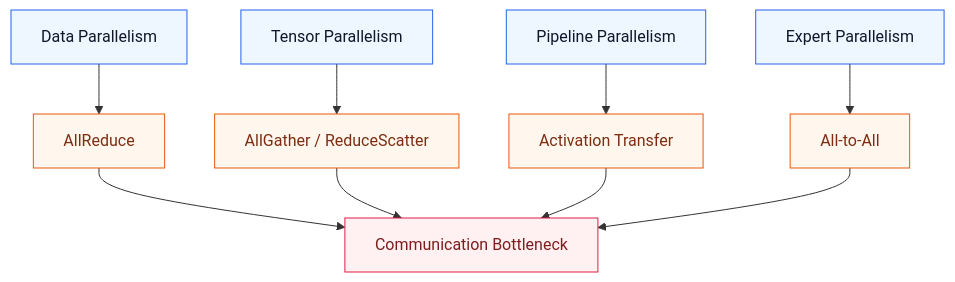
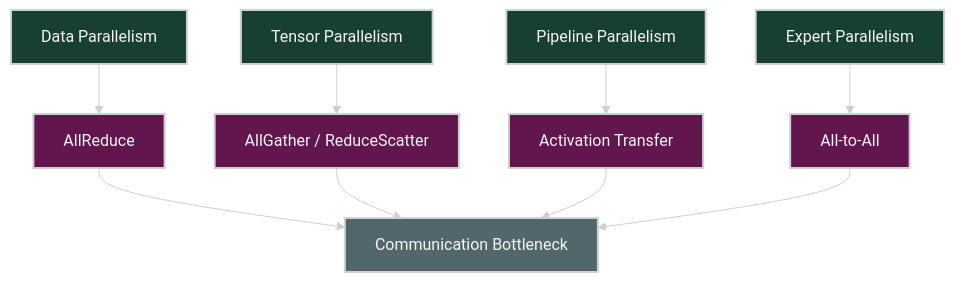
Before and after one commit to ziwon/ai-data-center-network: diagram 11 of 15 in ai-system-performance-engineering/chap02/README.md, drawn with Mermaid. The commit also changed other lines of this file and 35 other files, not shown here.

Commit message:
docs(mermaid): apply dark diagram style

````diff
--- a/ai-system-performance-engineering/chap02/README.md
+++ b/ai-system-performance-engineering/chap02/README.md
@@ -573,28 +583,29 @@
 ```mermaid
+%%{init: {"theme": "base", "themeVariables": {"background": "#171717", "primaryColor": "#232323", "primaryTextColor": "#f5f5f5", "primaryBorderColor": "#d0d0d0", "lineColor": "#cfcfcf", "fontFamily": "Inter, Arial, sans-serif"}}}%%
 flowchart TB
-    classDef p fill:#eef6ff,stroke:#2563eb,color:#0f172a
-    classDef c fill:#fff7ed,stroke:#ea580c,color:#7c2d12
-    classDef b fill:#fff1f2,stroke:#e11d48,color:#7f1d1d
+    classDef p fill:#173f32,stroke:#d0d0d0,color:#f5f5f5,stroke-width:2px;
+    classDef c fill:#62164d,stroke:#d0d0d0,color:#f5f5f5,stroke-width:2px;
+    classDef b fill:#52676b,stroke:#d0d0d0,color:#f5f5f5,stroke-width:2px;
 
     DP[Data Parallelism]:::p
     TP[Tensor Parallelism]:::p
     PP[Pipeline Parallelism]:::p
     EP[Expert Parallelism]:::p
 
     AR[AllReduce]:::c
     AG[AllGather / ReduceScatter]:::c
     ACT[Activation Transfer]:::c
     A2A[All-to-All]:::c
 
     NET[Communication Bottleneck]:::b
 
     DP --> AR
     TP --> AG
     PP --> ACT
     EP --> A2A
 
     AR --> NET
     AG --> NET
     ACT --> NET
     A2A --> NET
 ```
````
